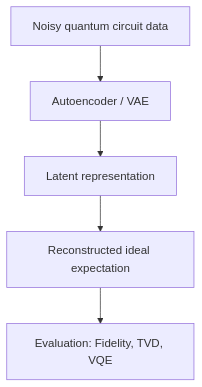
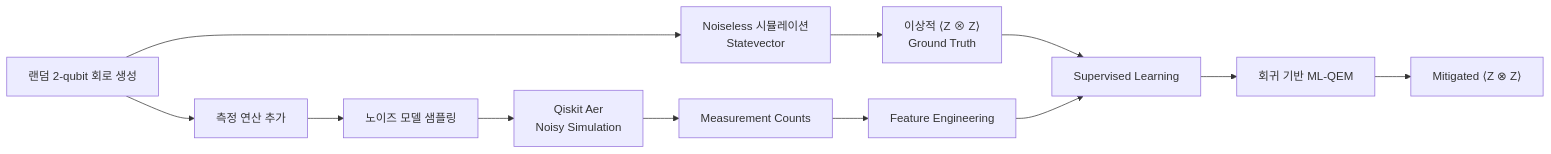
Before and after one commit to solmingming/Qubit_research: the diagram in Readme.MD, drawn with Mermaid. The commit also changed other lines of this file, not shown here.

````diff
--- a/Readme.MD
+++ b/Readme.MD
@@ -67,7 +68,16 @@
 ```mermaid
-flowchart TD
-  A[Noisy quantum circuit data] --> B[Autoencoder / VAE]
-  B --> C[Latent representation]
-  C --> D[Reconstructed ideal expectation]
-  D --> E[Evaluation: Fidelity, TVD, VQE] 
+flowchart LR
+    A[랜덤 2-qubit 회로 생성] --> B[Noiseless 시뮬레이션<br/>Statevector]
+    B --> C[이상적 ⟨Z ⊗ Z⟩<br/>Ground Truth]
+
+    A --> D[측정 연산 추가]
+    D --> E[노이즈 모델 샘플링]
+    E --> F[Qiskit Aer<br/>Noisy Simulation]
+    F --> G[Measurement Counts]
+
+    G --> H[Feature Engineering]
+    C --> I[Supervised Learning]
+    H --> I
+    I --> J[회귀 기반 ML-QEM]
+    J --> K[Mitigated ⟨Z ⊗ Z⟩]
 ```
````
